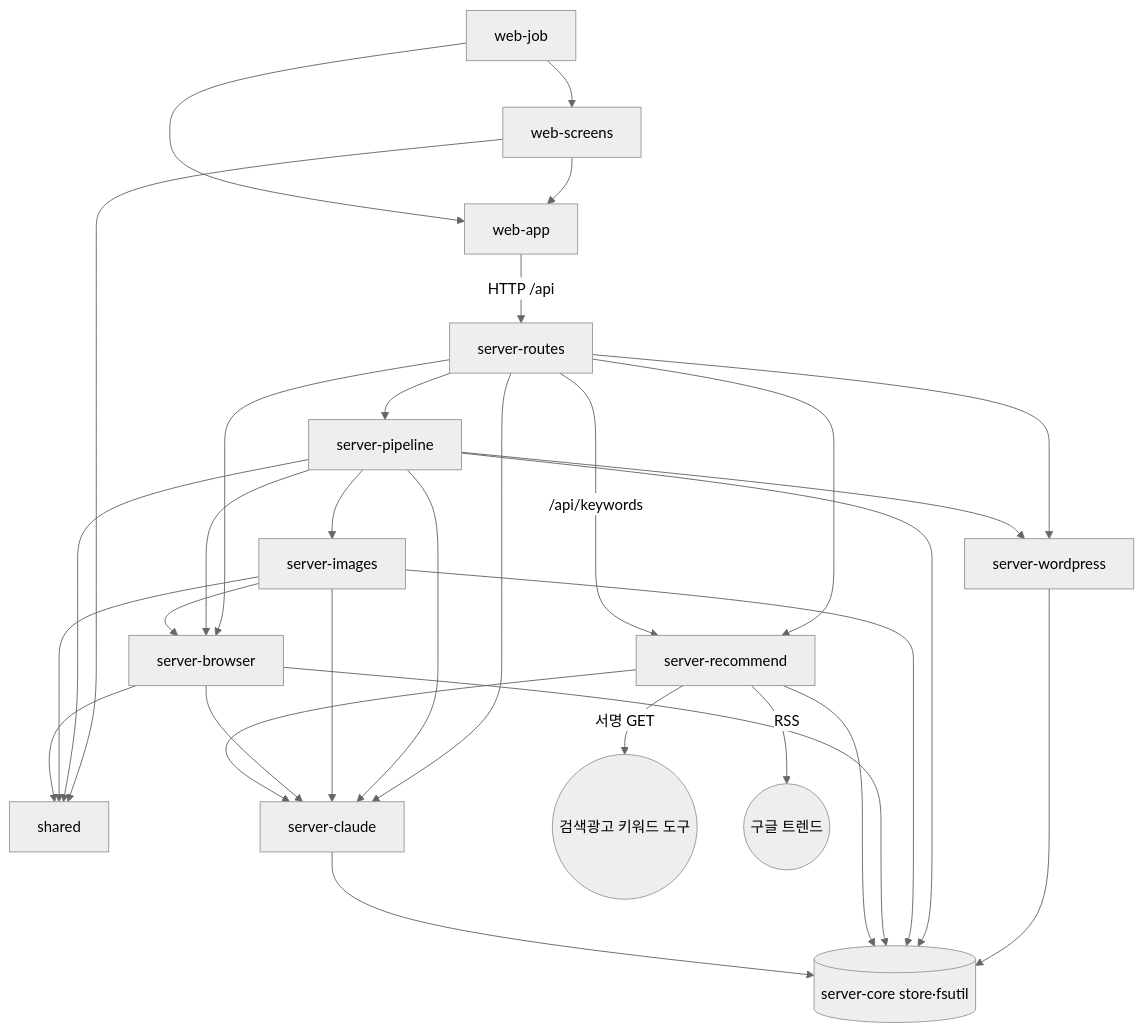
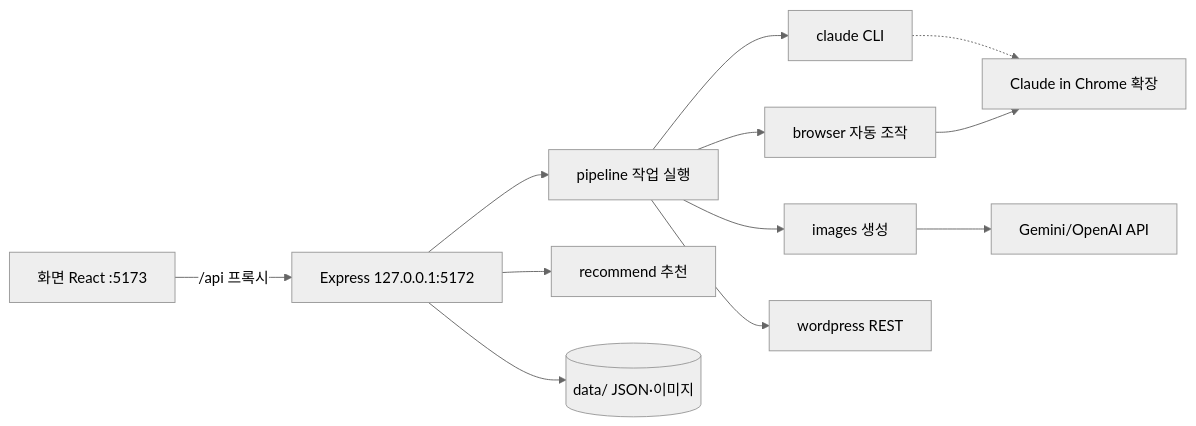
One commit to beekei-god/blog-writer changed the diagram in vault/wiki/_system/architecture.md. Above: the diagram before and after it, drawn with Mermaid (neutral theme). The commit also changed other lines of this file and 224 other files, not shown here.

````diff
--- a/vault/wiki/_system/architecture.md
+++ b/vault/wiki/_system/architecture.md
@@ -43,33 +13,14 @@
 ```mermaid
-flowchart TD
-  webjob[web-job] --> webscreens[web-screens]
-  webscreens --> webapp[web-app]
-  webjob --> webapp
-  webapp -->|HTTP /api| routes[server-routes]
-  webscreens --> shared
-  routes --> pipeline[server-pipeline]
-  routes --> recommend[server-recommend]
-  routes --> claudeM[server-claude]
-  routes --> browser[server-browser]
-  routes --> wordpress[server-wordpress]
-  pipeline --> wordpress
-  wordpress --> store
-  pipeline --> images[server-images]
-  pipeline --> browser
-  pipeline --> claudeM
-  images --> claudeM
-  images --> browser
-  browser --> claudeM
-  recommend --> claudeM
-  pipeline --> store[(server-core store·fsutil)]
-  images --> store
-  browser --> store
-  recommend --> store
-  routes -->|/api/keywords| recommend
-  recommend -->|서명 GET| searchad((검색광고 키워드 도구))
-  recommend -->|RSS| gtrends((구글 트렌드))
-  claudeM --> store
-  pipeline --> shared
-  images --> shared
-  browser --> shared
+flowchart LR
+  UI[화면 React :5173] -- /api 프록시 --> API[Express 127.0.0.1:5172]
+  API --> PIPE[pipeline 작업 실행]
+  PIPE --> CLAUDE[claude CLI]
+  PIPE --> IMG[images 생성]
+  PIPE --> BROWSER[browser 자동 조작]
+  PIPE --> WP[wordpress REST]
+  API --> REC[recommend 추천]
+  API --> STORE[(data/ JSON·이미지)]
+  CLAUDE -.-> CHROME[Claude in Chrome 확장]
+  BROWSER --> CHROME
+  IMG --> APIs[Gemini/OpenAI API]
 ```
````
